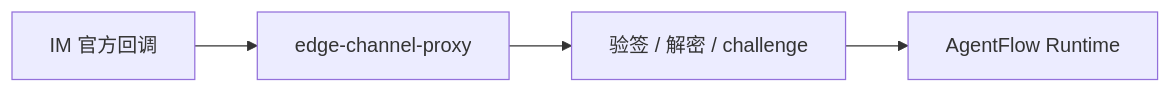
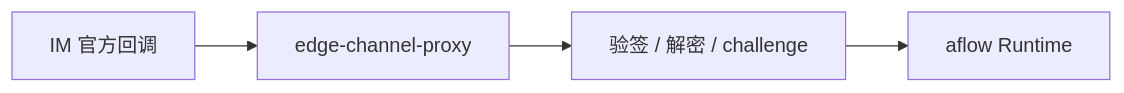
One commit to chiga0/aflow changed the second of 2 diagrams in docs/channel-integrations.md. Above: the diagram before and after it, drawn with Mermaid. The commit also changed other lines of this file and 42 other files, not shown here.

````diff
--- a/docs/channel-integrations.md
+++ b/docs/channel-integrations.md
@@ -223,6 +223,6 @@
 ```mermaid
 flowchart LR
   IM["IM 官方回调"] --> Proxy["edge-channel-proxy"]
   Proxy --> Verify["验签 / 解密 / challenge"]
-  Verify --> AF["AgentFlow Runtime"]
+  Verify --> AF["aflow Runtime"]
 ```
````
